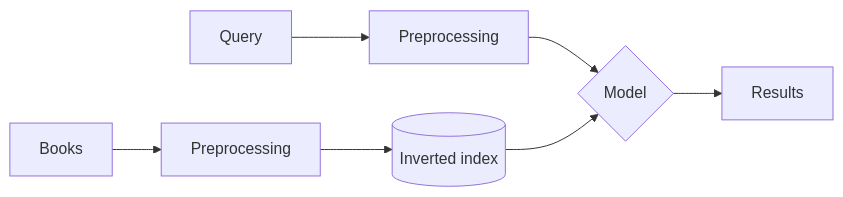
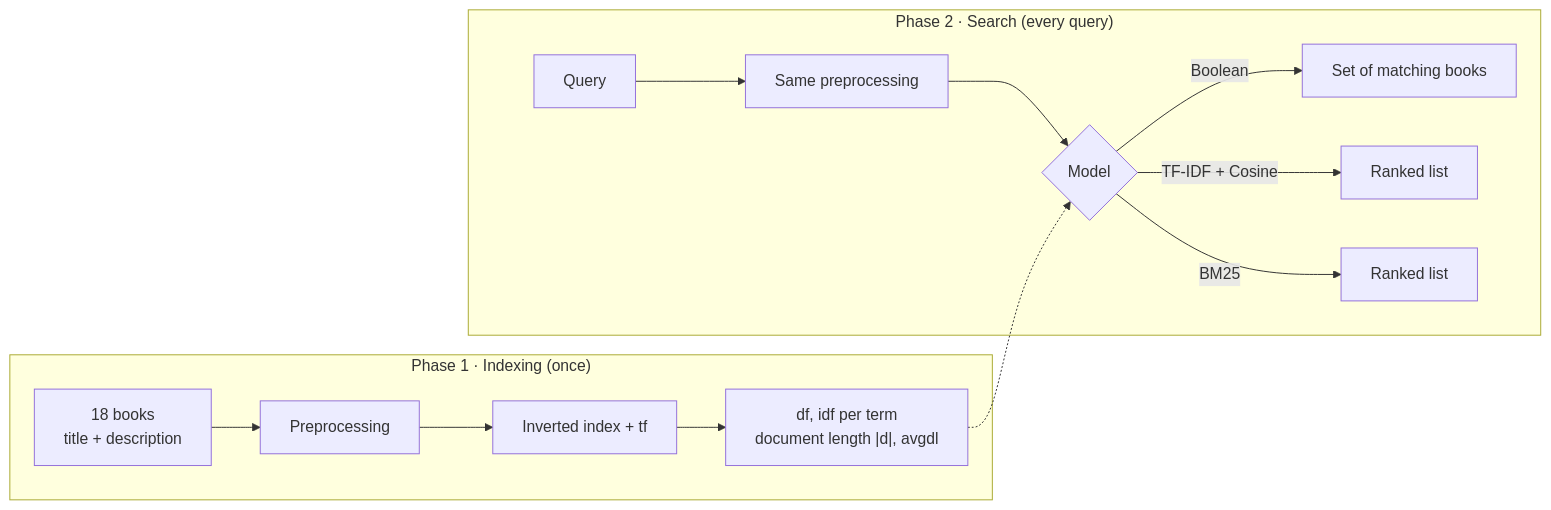
The diagram in MINI SEARCH ENGINE/README.md (111202214411-ux/Information-Retrieval-System), drawn with Mermaid before and after one commit. The commit also changed other lines of this file, not shown here.

````diff
--- a/MINI SEARCH ENGINE/README.md
+++ b/MINI SEARCH ENGINE/README.md
@@ -77,7 +108,16 @@
 ```mermaid
 flowchart LR
-    A[Books] --> B[Preprocessing] --> C[(Inverted index)]
-    Q[Query] --> P[Preprocessing] --> M{Model}
-    C --> M
-    M --> R[Results]
+    subgraph I["Phase 1 · Indexing (once)"]
+        A[18 books<br/>title + description] --> B[Preprocessing]
+        B --> C[Inverted index + tf]
+        C --> D["df, idf per term<br/>document length |d|, avgdl"]
+    end
+    subgraph S["Phase 2 · Search (every query)"]
+        Q[Query] --> P[Same preprocessing]
+        P --> M{Model}
+        M -->|Boolean| R1[Set of matching books]
+        M -->|TF-IDF + Cosine| R2[Ranked list]
+        M -->|BM25| R3[Ranked list]
+    end
+    D -.-> M
 ```
````
